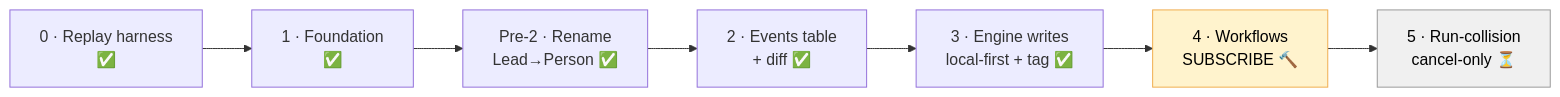
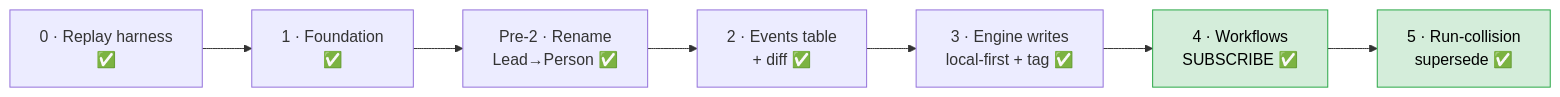
Before and after one commit to sarathkumar365/FUB-Automation: the sixth of 8 diagrams in Docs/features/domain-events/overview.md, drawn with Mermaid. The commit also changed other lines of this file and 65 other files, not shown here.

````diff
--- a/Docs/features/domain-events/overview.md
+++ b/Docs/features/domain-events/overview.md
@@ -134,11 +134,11 @@
 ```mermaid
 flowchart LR
     P0[0 · Replay harness<br/>✅] --> P1[1 · Foundation<br/>✅]
     P1 --> PR[Pre-2 · Rename<br/>Lead→Person ✅]
     PR --> P2[2 · Events table<br/>+ diff ✅]
     P2 --> P3[3 · Engine writes<br/>local-first + tag ✅]
-    P3 --> P4[4 · Workflows<br/>SUBSCRIBE 🔨]
-    P4 --> P5[5 · Run-collision<br/>cancel-only ⏳]
-    style P4 fill:#fff3cd,stroke:#f0ad4e,color:#000
-    style P5 fill:#f0f0f0,stroke:#999,color:#000
+    P3 --> P4[4 · Workflows<br/>SUBSCRIBE ✅]
+    P4 --> P5[5 · Run-collision<br/>supersede ✅]
+    style P4 fill:#d4edda,stroke:#28a745,color:#000
+    style P5 fill:#d4edda,stroke:#28a745,color:#000
 ```
````
